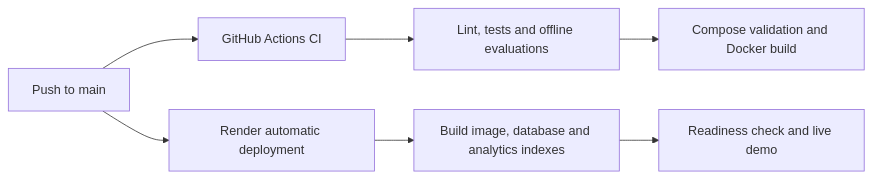
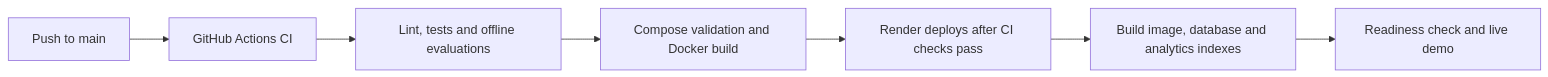
One commit to letriluan/AI-Agent-Chatbot changed the second of 2 diagrams in README.md. Above: the diagram before and after it, drawn with Mermaid. The commit also changed other lines of this file and 96 other files, not shown here.

````diff
--- a/README.md
+++ b/README.md
@@ -73,9 +73,9 @@
 ```mermaid
 flowchart LR
     A[Push to main] --> B[GitHub Actions CI]
     B --> C[Lint, tests and offline evaluations]
     C --> D[Compose validation and Docker build]
-    A --> E[Render automatic deployment]
+    D --> E[Render deploys after CI checks pass]
     E --> F[Build image, database and analytics indexes]
     F --> G[Readiness check and live demo]
 ```
````
